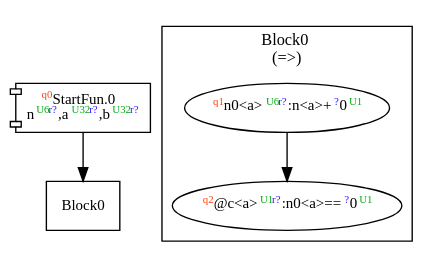
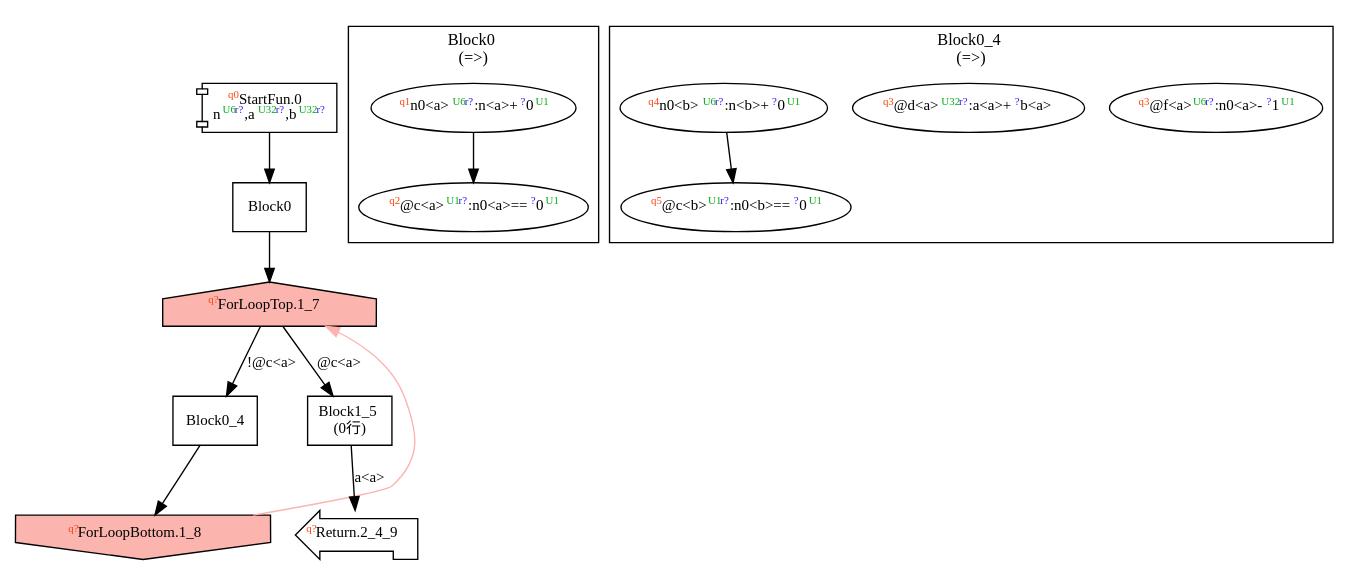
The diagram in dist/fib.dot (akouryy/SyntheScala), drawn with Graphviz before and after one commit. The commit also changed 12 other files, not shown here.

Commit message:
[parallel] Draw loops in GraphDrawer and fix bugs

```diff
--- a/dist/fib.dot
+++ b/dist/fib.dot
@@ -1,15 +1,43 @@
 digraph Program_ {
   graph [fontname = "Monaco", fontsize = 12, ranksep = 0.5];
   node [shape = box, fontname = "Monaco", fontsize = 11; colorscheme = pastel19];
   edge [fontname = "Monaco", fontsize = 11; colorscheme = pastel19];
   Jump0[label = <<font color="#ff4411" point-size="8"><sup>q0</sup></font>StartFun.0<br/>n<font color="#00aa11" point-size="8"><sup>U6</sup></font><font color="#3311ff" point-size="8"><sup>r?</sup></font>,a<font color="#00aa11" point-size="8"><sup>U32</sup></font><font color="#3311ff" point-size="8"><sup>r?</sup></font>,b<font color="#00aa11" point-size="8"><sup>U32</sup></font><font color="#3311ff" point-size="8"><sup>r?</sup></font>>; shape = component];
   Jump0 -> Block0;
+  Jump1_7[
+    label = <<font color="#ff4411" point-size="8"><sup>q?</sup></font>ForLoopTop.1_7>;
+    shape = house; style = filled;
+    fillcolor = 1;
+  ];
+  Block0 -> Jump1_7 [label = ""];
+  Jump1_7 -> Block0_4 [label = "!@c<a>"];
+  Jump1_8 -> Jump1_7 [constraint = false; color = 1];
+  Jump1_7 -> Block1_5 [label = "@c<a>"];
+  Jump1_8[
+    label = <<font color="#ff4411" point-size="8"><sup>q?</sup></font>ForLoopBottom.1_8>
+    shape = invhouse; style = filled;
+    fillcolor = 1;
+  ];
+  Block0_4 -> Jump1_8 [label = ""];
+  Jump2_4_9[label = <<font color="#ff4411" point-size="8"><sup>q?</sup></font>Return.2_4_9>; shape = lpromoter];
+  Block1_5 -> Jump2_4_9 [label="a<a>"];
   Block0 [label = "Block0"];
+  Block0_4 [label = "Block0_4"];
+  Block1_5 [label = "Block1_5\l(0行)"];
   subgraph cluster_dfg_Block0 {
     node [shape = oval];
     label = <Block0<br/>(=&gt;)>;
     8 [label=<<font color="#ff4411" point-size="8"><sup>q1</sup></font>n0&lt;a&gt;<font color="#00aa11" point-size="8"><sup>U6</sup></font><font color="#3311ff" point-size="8"><sup>r?</sup></font>:n&lt;a&gt;+<font color="#3311ff" point-size="8"><sup>?</sup></font>0<font color="#00aa11" point-size="8"><sup>U1</sup></font>>];
     9 [label=<<font color="#ff4411" point-size="8"><sup>q2</sup></font>@c&lt;a&gt;<font color="#00aa11" point-size="8"><sup>U1</sup></font><font color="#3311ff" point-size="8"><sup>r?</sup></font>:n0&lt;a&gt;==<font color="#3311ff" point-size="8"><sup>?</sup></font>0<font color="#00aa11" point-size="8"><sup>U1</sup></font>>];
     8 -> 9;
   }
+  subgraph cluster_dfg_Block0_4 {
+    node [shape = oval];
+    label = <Block0_4<br/>(=&gt;)>;
+    10 [label=<<font color="#ff4411" point-size="8"><sup>q3</sup></font>@f&lt;a&gt;<font color="#00aa11" point-size="8"><sup>U6</sup></font><font color="#3311ff" point-size="8"><sup>r?</sup></font>:n0&lt;a&gt;-<font color="#3311ff" point-size="8"><sup>?</sup></font>1<font color="#00aa11" point-size="8"><sup>U1</sup></font>>];
+    11 [label=<<font color="#ff4411" point-size="8"><sup>q3</sup></font>@d&lt;a&gt;<font color="#00aa11" point-size="8"><sup>U32</sup></font><font color="#3311ff" point-size="8"><sup>r?</sup></font>:a&lt;a&gt;+<font color="#3311ff" point-size="8"><sup>?</sup></font>b&lt;a&gt;>];
+    12 [label=<<font color="#ff4411" point-size="8"><sup>q4</sup></font>n0&lt;b&gt;<font color="#00aa11" point-size="8"><sup>U6</sup></font><font color="#3311ff" point-size="8"><sup>r?</sup></font>:n&lt;b&gt;+<font color="#3311ff" point-size="8"><sup>?</sup></font>0<font color="#00aa11" point-size="8"><sup>U1</sup></font>>];
+    13 [label=<<font color="#ff4411" point-size="8"><sup>q5</sup></font>@c&lt;b&gt;<font color="#00aa11" point-size="8"><sup>U1</sup></font><font color="#3311ff" point-size="8"><sup>r?</sup></font>:n0&lt;b&gt;==<font color="#3311ff" point-size="8"><sup>?</sup></font>0<font color="#00aa11" point-size="8"><sup>U1</sup></font>>];
+    12 -> 13;
+  }
 }
```
